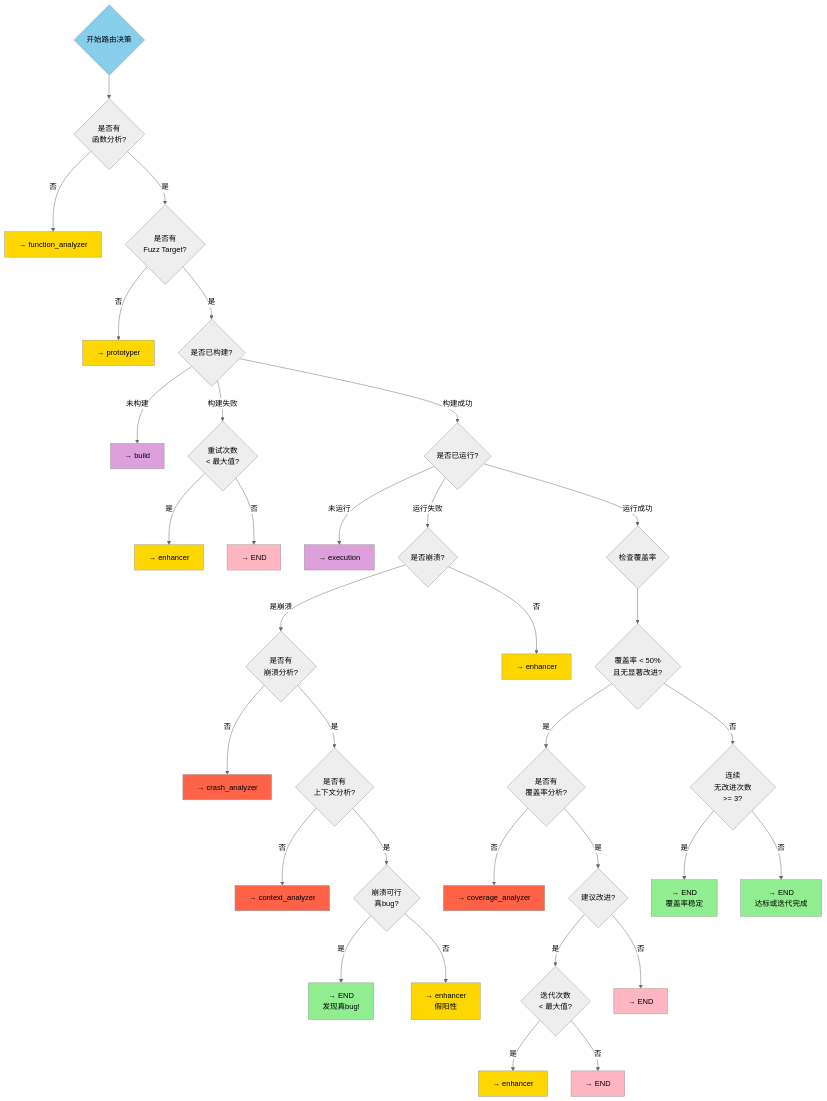
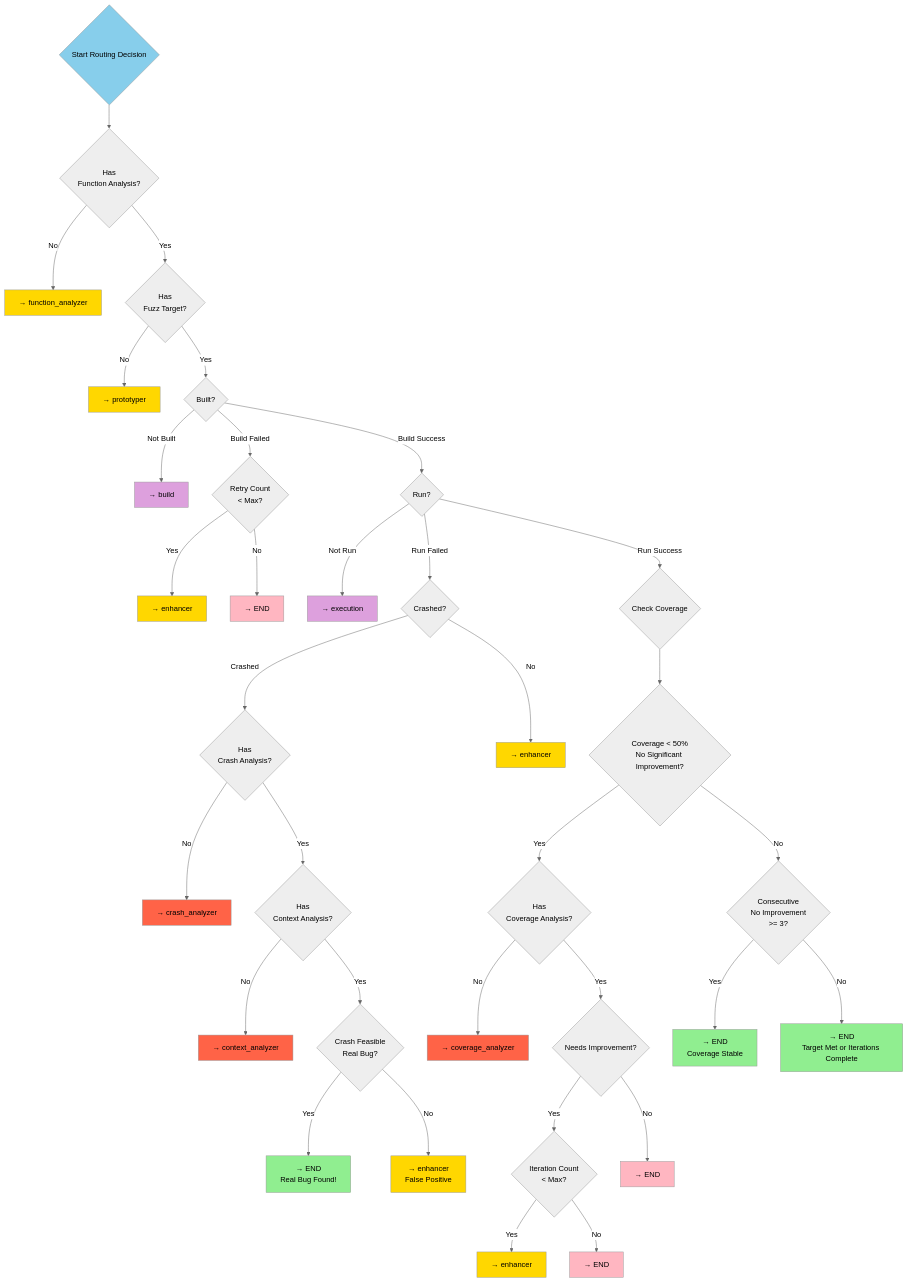
The second of 4 diagrams in agent_graph/README.md (google/oss-fuzz-gen), drawn with Mermaid (neutral theme) before and after one commit. The commit also changed other lines of this file, not shown here.

````diff
--- a/agent_graph/README.md
+++ b/agent_graph/README.md
@@ -74,69 +74,69 @@
 ```mermaid
 flowchart TD
-    Start{开始路由决策} --> HasFuncAnalysis{是否有<br/>函数分析?}
+    Start{Start Routing Decision} --> HasFuncAnalysis{Has<br/>Function Analysis?}
     
-    HasFuncAnalysis -->|否| FuncAnalyzer[→ function_analyzer]
-    HasFuncAnalysis -->|是| HasFuzzTarget{是否有<br/>Fuzz Target?}
+    HasFuncAnalysis -->|No| FuncAnalyzer[→ function_analyzer]
+    HasFuncAnalysis -->|Yes| HasFuzzTarget{Has<br/>Fuzz Target?}
     
-    HasFuzzTarget -->|否| Proto[→ prototyper]
-    HasFuzzTarget -->|是| HasBuilt{是否已构建?}
+    HasFuzzTarget -->|No| Proto[→ prototyper]
+    HasFuzzTarget -->|Yes| HasBuilt{Built?}
     
-    HasBuilt -->|未构建| BuildNode[→ build]
-    HasBuilt -->|构建失败| BuildFailed{重试次数<br/>< 最大值?}
-    HasBuilt -->|构建成功| HasRun{是否已运行?}
+    HasBuilt -->|Not Built| BuildNode[→ build]
+    HasBuilt -->|Build Failed| BuildFailed{Retry Count<br/>< Max?}
+    HasBuilt -->|Build Success| HasRun{Run?}
     
-    BuildFailed -->|是| Enhance1[→ enhancer]
-    BuildFailed -->|否| EndNode1[→ END]
+    BuildFailed -->|Yes| Enhance1[→ enhancer]
+    BuildFailed -->|No| EndNode1[→ END]
     
-    HasRun -->|未运行| ExecNode[→ execution]
-    HasRun -->|运行失败| RunFailed{是否崩溃?}
-    HasRun -->|运行成功| CheckCov{检查覆盖率}
+    HasRun -->|Not Run| ExecNode[→ execution]
+    HasRun -->|Run Failed| RunFailed{Crashed?}
+    HasRun -->|Run Success| CheckCov{Check Coverage}
     
-    RunFailed -->|是崩溃| HasCrashAnalysis{是否有<br/>崩溃分析?}
-    RunFailed -->|否| Enhance2[→ enhancer]
+    RunFailed -->|Crashed| HasCrashAnalysis{Has<br/>Crash Analysis?}
+    RunFailed -->|No| Enhance2[→ enhancer]
     
-    HasCrashAnalysis -->|否| CrashAna[→ crash_analyzer]
-    HasCrashAnalysis -->|是| HasContext{是否有<br/>上下文分析?}
+    HasCrashAnalysis -->|No| CrashAna[→ crash_analyzer]
+    HasCrashAnalysis -->|Yes| HasContext{Has<br/>Context Analysis?}
     
-    HasContext -->|否| ContextAna[→ context_analyzer]
-    HasContext -->|是| IsFeasible{崩溃可行<br/>真bug?}
+    HasContext -->|No| ContextAna[→ context_analyzer]
+    HasContext -->|Yes| IsFeasible{Crash Feasible<br/>Real Bug?}
     
-    IsFeasible -->|是| EndNode2[→ END<br/>发现真bug!]
-    IsFeasible -->|否| Enhance3[→ enhancer<br/>假阳性]
+    IsFeasible -->|Yes| EndNode2[→ END<br/>Real Bug Found!]
+    IsFeasible -->|No| Enhance3[→ enhancer<br/>False Positive]
     
-    CheckCov --> CovPercent{覆盖率 < 50%<br/>且无显著改进?}
+    CheckCov --> CovPercent{Coverage < 50%<br/>No Significant Improvement?}
     
-    CovPercent -->|是| HasCovAnalysis{是否有<br/>覆盖率分析?}
-    CovPercent -->|否| CheckStagnant{连续<br/>无改进次数<br/>>= 3?}
+    CovPercent -->|Yes| HasCovAnalysis{Has<br/>Coverage Analysis?}
+    CovPercent -->|No| CheckStagnant{Consecutive<br/>No Improvement<br/>>= 3?}
     
-    HasCovAnalysis -->|否| CovAna[→ coverage_analyzer]
-    HasCovAnalysis -->|是| NeedImprove{建议改进?}
+    HasCovAnalysis -->|No| CovAna[→ coverage_analyzer]
+    HasCovAnalysis -->|Yes| NeedImprove{Needs Improvement?}
     
-    NeedImprove -->|是| CheckIter{迭代次数<br/>< 最大值?}
-    NeedImprove -->|否| EndNode3[→ END]
+    NeedImprove -->|Yes| CheckIter{Iteration Count<br/>< Max?}
+    NeedImprove -->|No| EndNode3[→ END]
     
-    CheckIter -->|是| Enhance4[→ enhancer]
-    CheckIter -->|否| EndNode4[→ END]
+    CheckIter -->|Yes| Enhance4[→ enhancer]
+    CheckIter -->|No| EndNode4[→ END]
     
-    CheckStagnant -->|是| EndNode5[→ END<br/>覆盖率稳定]
-    CheckStagnant -->|否| EndNode6[→ END<br/>达标或迭代完成]
+    CheckStagnant -->|Yes| EndNode5[→ END<br/>Coverage Stable]
+    CheckStagnant -->|No| EndNode6[→ END<br/>Target Met or Iterations Complete]
     
     style Start fill:#87CEEB
     style FuncAnalyzer fill:#FFD700
     style Proto fill:#FFD700
     style BuildNode fill:#DDA0DD
     style Enhance1 fill:#FFD700
     style Enhance2 fill:#FFD700
     style Enhance3 fill:#FFD700
     style Enhance4 fill:#FFD700
     style ExecNode fill:#DDA0DD
     style CrashAna fill:#FF6347
     style ContextAna fill:#FF6347
     style CovAna fill:#FF6347
     style EndNode1 fill:#FFB6C1
     style EndNode2 fill:#90EE90
     style EndNode3 fill:#FFB6C1
     style EndNode4 fill:#FFB6C1
     style EndNode5 fill:#90EE90
     style EndNode6 fill:#90EE90
 ```
````
